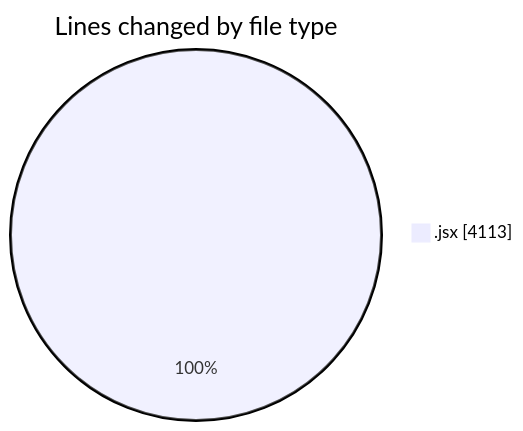
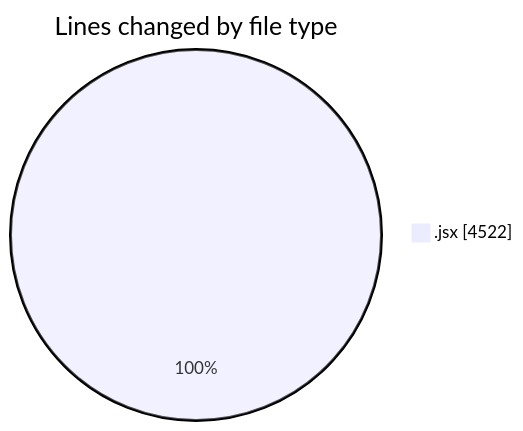
Before and after one commit to nxtqubesakshisongat/code-tracking: the first of 2 diagrams in 2025-09-28/nxtqube_webapp/README.md, drawn with Mermaid. The commit also changed other lines of this file and 1 other file, not shown here.

````diff
--- a/2025-09-28/nxtqube_webapp/README.md
+++ b/2025-09-28/nxtqube_webapp/README.md
@@ -21,5 +21,5 @@
 ```mermaid
 pie showData
 title Lines changed by file type
-".jsx" : 4113
+".jsx" : 4522
 ```
````
